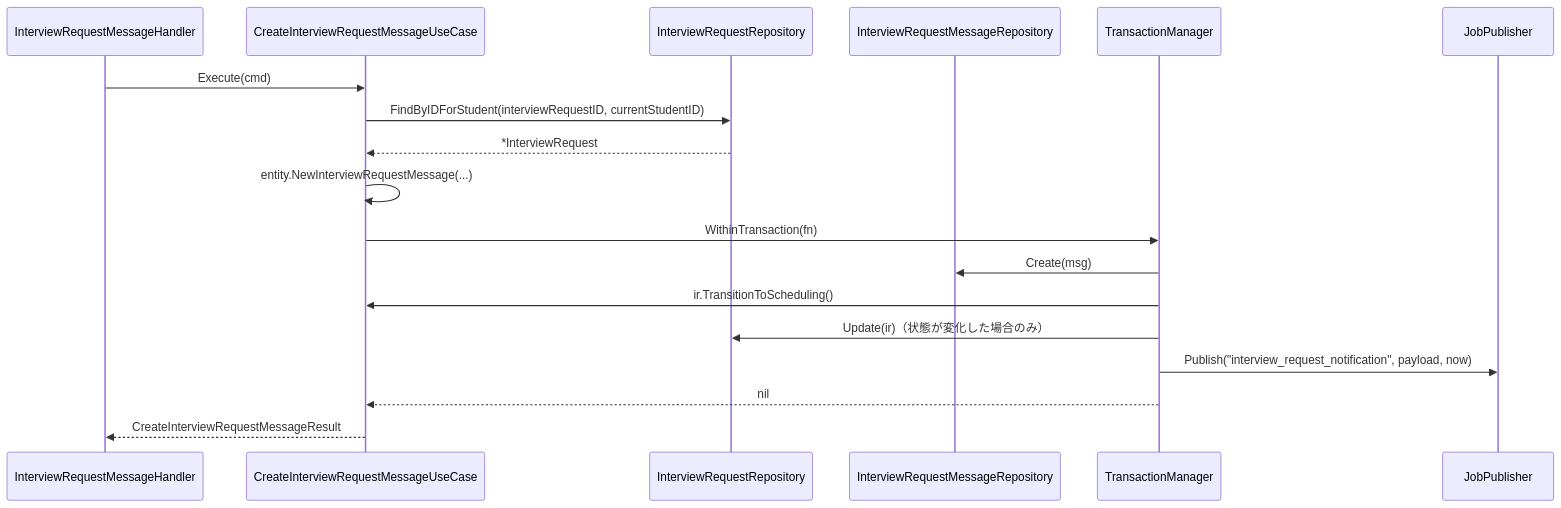
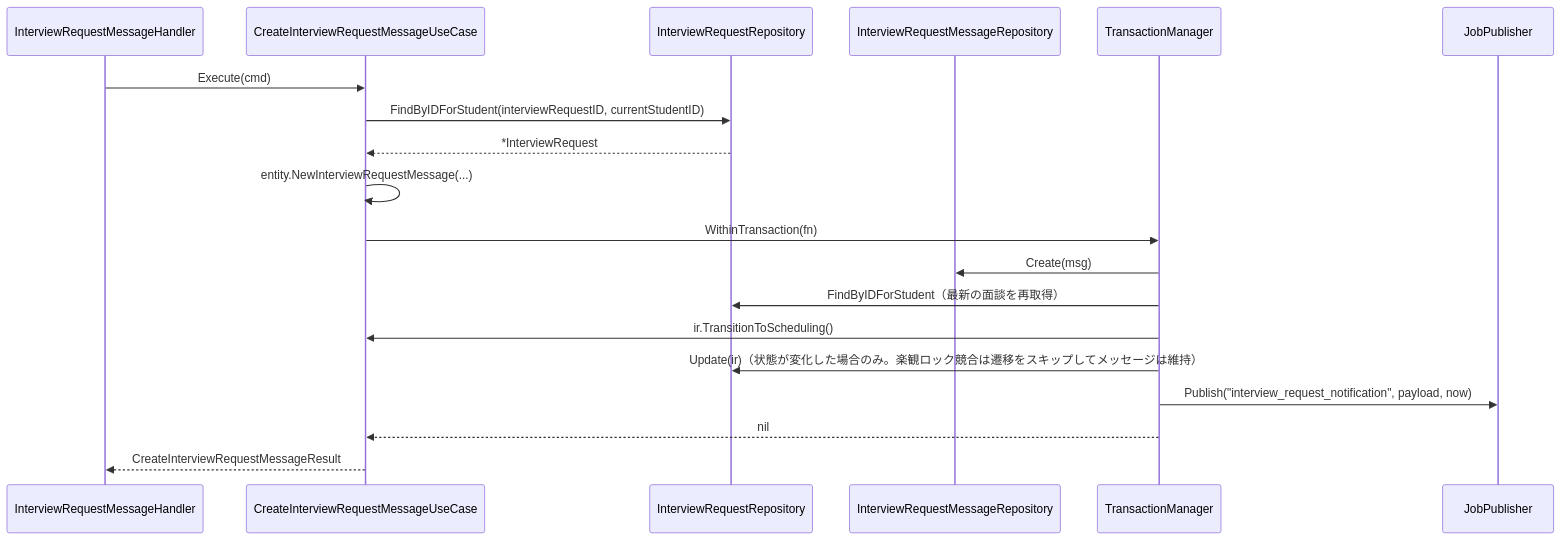
Before and after one commit to yuta20253/edu-platform-go-design: the third of 4 diagrams in 計画書/Go実装仕様書/面談機能_Go実装仕様書.md, drawn with Mermaid. The commit also changed other lines of this file and 34 other files, not shown here.

````diff
--- a/計画書/Go実装仕様書/面談機能_Go実装仕様書.md
+++ b/計画書/Go実装仕様書/面談機能_Go実装仕様書.md
@@ -697,21 +716,22 @@
 ```mermaid
 sequenceDiagram
     participant H as InterviewRequestMessageHandler
     participant UC as CreateInterviewRequestMessageUseCase
     participant IRR as InterviewRequestRepository
     participant IRMR as InterviewRequestMessageRepository
     participant TX as TransactionManager
     participant JP as JobPublisher
 
     H->>UC: Execute(cmd)
     UC->>IRR: FindByIDForStudent(interviewRequestID, currentStudentID)
     IRR-->>UC: *InterviewRequest
     UC->>UC: entity.NewInterviewRequestMessage(...)
     UC->>TX: WithinTransaction(fn)
     TX->>IRMR: Create(msg)
+    TX->>IRR: FindByIDForStudent（最新の面談を再取得）
     TX->>UC: ir.TransitionToScheduling()
-    TX->>IRR: Update(ir)（状態が変化した場合のみ）
+    TX->>IRR: Update(ir)（状態が変化した場合のみ。楽観ロック競合は遷移をスキップしてメッセージは維持）
     TX->>JP: Publish("interview_request_notification", payload, now)
     TX-->>UC: nil
     UC-->>H: CreateInterviewRequestMessageResult
 ```
````
